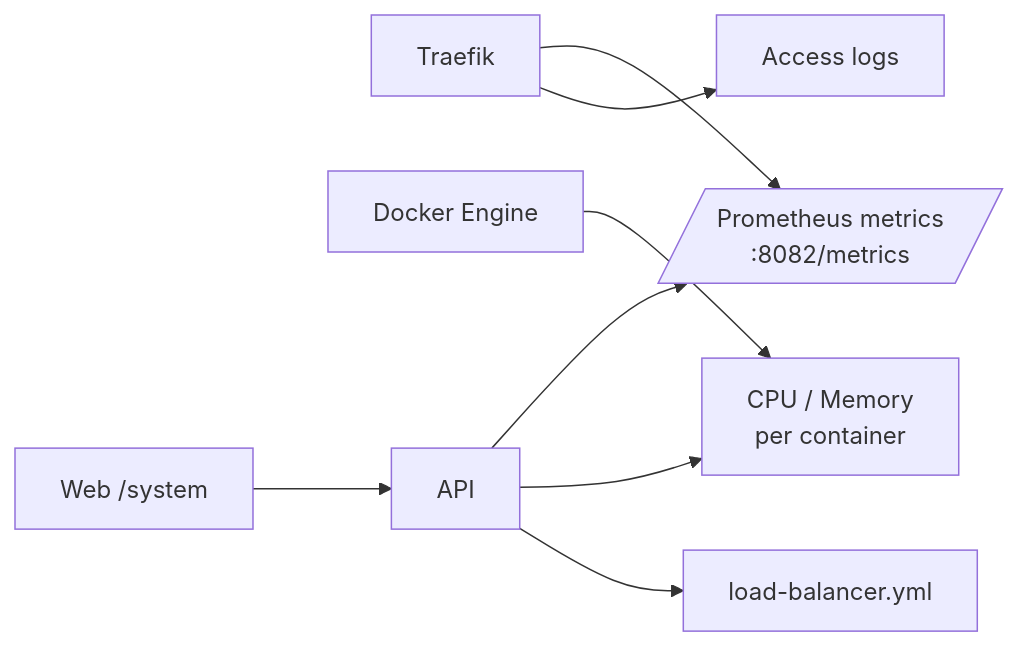
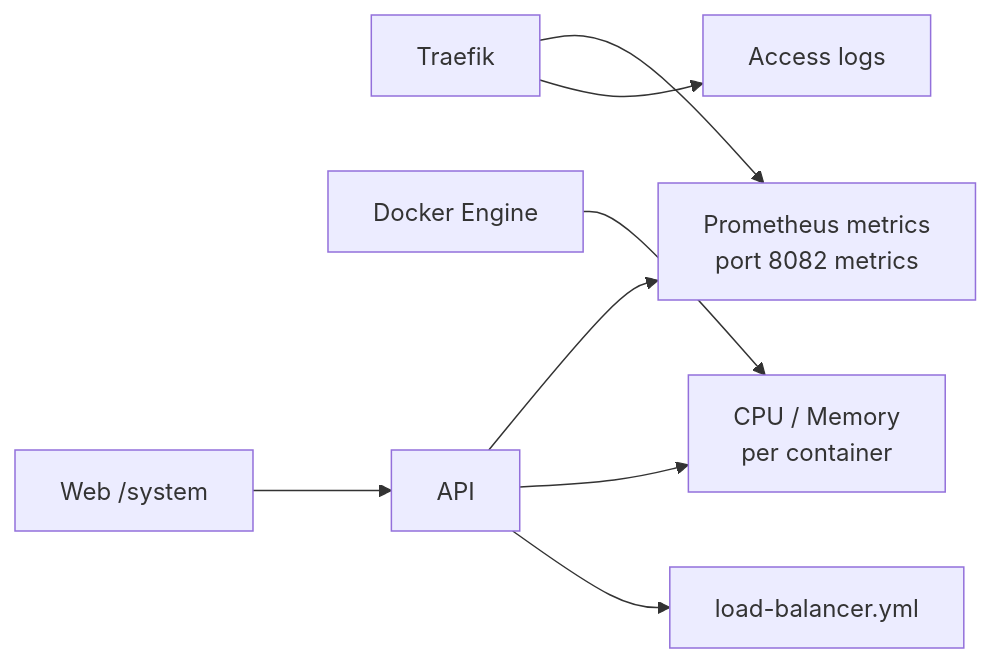
Before and after one commit to HKevinH/deploy-website: the seventh of 9 diagrams in docs/DIAGRAMS.en.md, drawn with Mermaid. The commit also changed other lines of this file and 1 other file, not shown here.

Commit message:
feat: update system diagrams to clarify replica ports and improve terminology

````diff
--- a/docs/DIAGRAMS.en.md
+++ b/docs/DIAGRAMS.en.md
@@ -125,10 +125,10 @@
 ```mermaid
 flowchart LR
-  Traefik[Traefik] --> Metrics[/Prometheus metrics<br/>:8082/metrics/]
+  Traefik[Traefik] --> Metrics["Prometheus metrics<br/>port 8082 metrics"]
   Traefik --> AccessLogs[Access logs]
   Docker[Docker Engine] --> Stats[CPU / Memory<br/>per container]
   API[API] --> Metrics
   API --> Stats
   API --> LBConfig[load-balancer.yml]
   Web[Web /system] --> API
 ```
````
